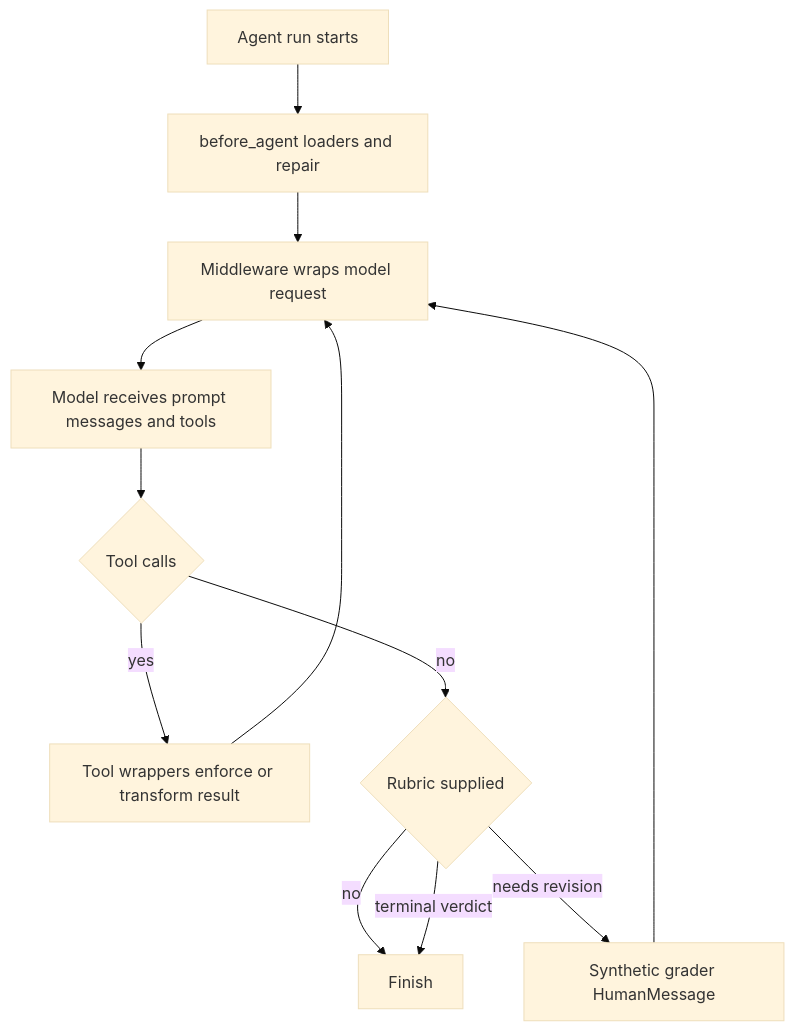
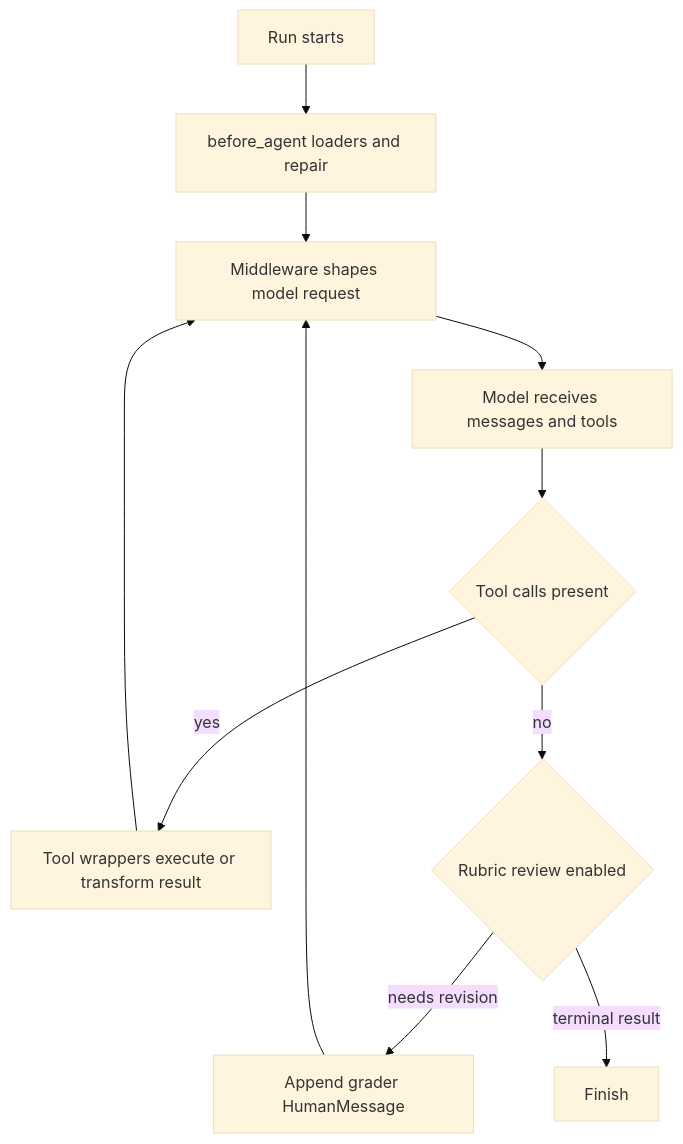
Before and after one commit to langchain-ai/deepagents: the diagram in openwiki/concepts/middleware-catalog.md, drawn with Mermaid (base theme). The commit also changed other lines of this file and 37 other files, not shown here.

````diff
--- a/openwiki/concepts/middleware-catalog.md
+++ b/openwiki/concepts/middleware-catalog.md
@@ -73,14 +74,13 @@
 ```mermaid
 flowchart TD
-    Start["Agent run starts"] --> Before["before_agent loaders and repair"]
-    Before --> Request["Middleware wraps model request"]
-    Request --> Model["Model receives prompt messages and tools"]
-    Model --> Calls{"Tool calls"}
-    Calls -->|"yes"| ToolWrap["Tool wrappers enforce or transform result"]
-    ToolWrap --> Request
-    Calls -->|"no"| Rubric{"Rubric supplied"}
-    Rubric -->|"no"| Finish["Finish"]
-    Rubric -->|"needs revision"| Feedback["Synthetic grader HumanMessage"]
-    Feedback --> Request
-    Rubric -->|"terminal verdict"| Finish
+    Start["Run starts"] --> Load["before_agent loaders and repair"]
+    Load --> Shape["Middleware shapes model request"]
+    Shape --> Model["Model receives messages and tools"]
+    Model --> Choice{"Tool calls present"}
+    Choice -->|"yes"| Tools["Tool wrappers execute or transform result"]
+    Tools --> Shape
+    Choice -->|"no"| Review{"Rubric review enabled"}
+    Review -->|"needs revision"| Feedback["Append grader HumanMessage"]
+    Feedback --> Shape
+    Review -->|"terminal result"| Finish["Finish"]
 ```
````
